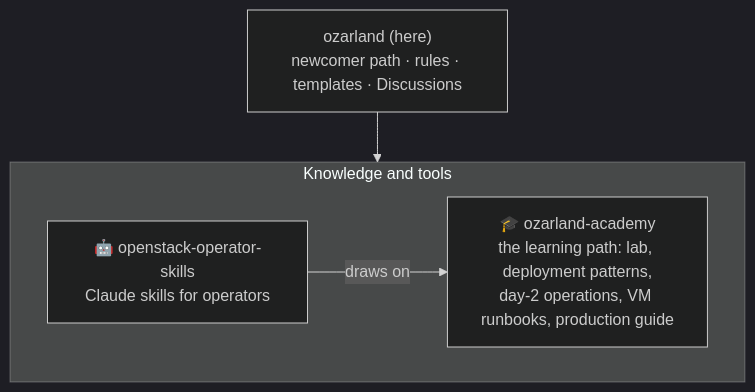
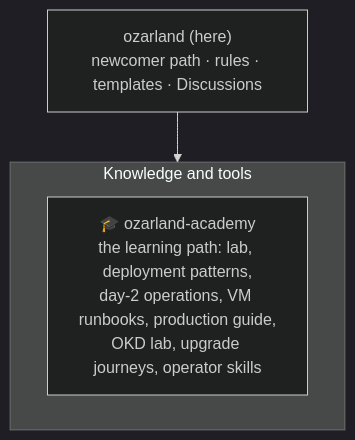
One commit to OzarLand/ozarland changed the second of 3 diagrams in README.md. Above: the diagram before and after it, drawn with Mermaid (dark theme). The commit also changed other lines of this file and 7 other files, not shown here.

````diff
--- a/README.md
+++ b/README.md
@@ -106,10 +106,9 @@
 ```mermaid
 flowchart TB
     HUB["ozarland (here)<br/>newcomer path · rules · templates · Discussions"]
     HUB --> KB
     subgraph KB ["Knowledge and tools"]
         direction LR
-        AC["🎓 ozarland-academy<br/>the learning path: lab, deployment patterns,<br/>day-2 operations, VM runbooks, production guide"]
-        SK["🤖 openstack-operator-skills<br/>Claude skills for operators"] -- "draws on" --> AC
+        AC["🎓 ozarland-academy<br/>the learning path: lab, deployment patterns,<br/>day-2 operations, VM runbooks, production guide,<br/>OKD lab, upgrade journeys, operator skills"]
     end
 ```
````
